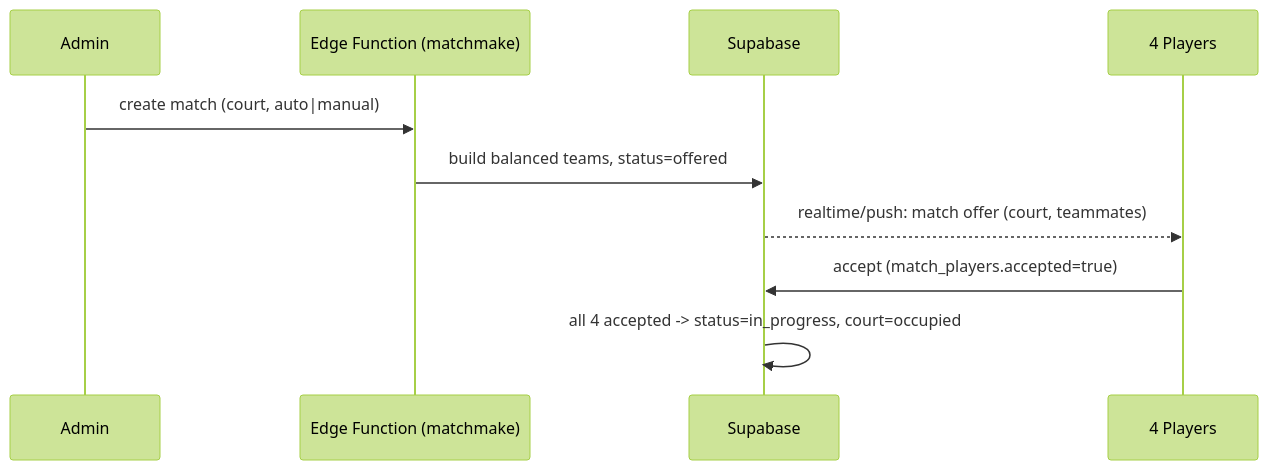
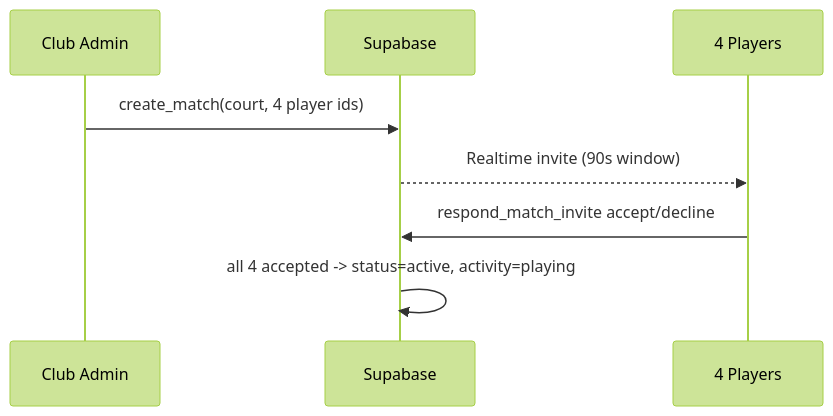
One commit to Leakageonthelamp/pha-badminton-club-project changed the third of 5 diagrams in docs/PROJECT_PLAN.md. Above: the diagram before and after it, drawn with Mermaid (forest theme). The commit also changed other lines of this file and 3 other files, not shown here.

````diff
--- a/docs/PROJECT_PLAN.md
+++ b/docs/PROJECT_PLAN.md
@@ -143,12 +153,10 @@
 ```mermaid
 sequenceDiagram
-  participant A as Admin
-  participant FN as Edge Function (matchmake)
+  participant A as Club Admin
   participant DB as Supabase
   participant P as 4 Players
-  A->>FN: create match (court, auto|manual)
-  FN->>DB: build balanced teams, status=offered
-  DB-->>P: realtime/push: match offer (court, teammates)
-  P->>DB: accept (match_players.accepted=true)
-  DB->>DB: all 4 accepted -> status=in_progress, court=occupied
+  A->>DB: create_match(court, 4 player ids)
+  DB-->>P: Realtime invite (90s window)
+  P->>DB: respond_match_invite accept/decline
+  DB->>DB: all 4 accepted -> status=active, activity=playing
 ```
````
